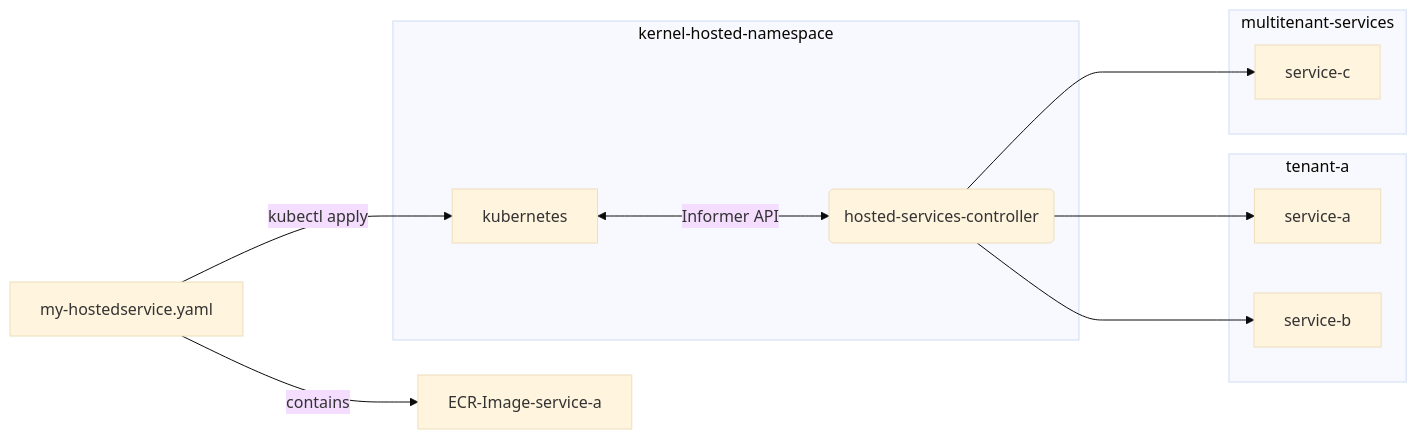
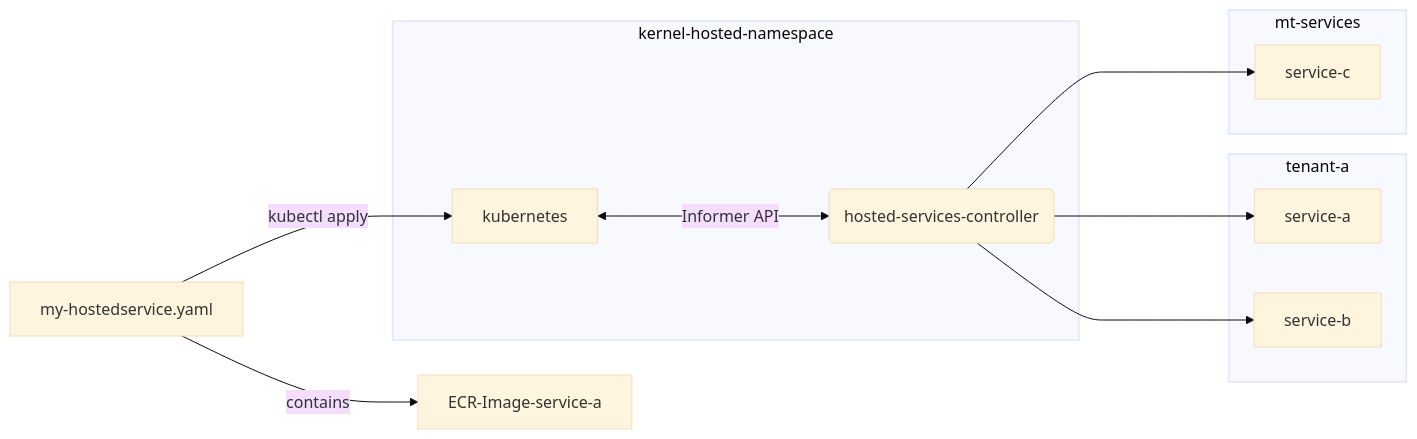
One commit to ccarnero/knative-opa-pocs changed the diagram in registry-update/flow.md. Above: the diagram before and after it, drawn with Mermaid (base theme). The commit also changed 17 other files, not shown here.

```diff
--- a/registry-update/flow.md
+++ b/registry-update/flow.md
@@ -1,16 +1,16 @@
 ::: mermaid
 flowchart LR
     my-hostedservice.yaml-- contains -->ECR-Image-service-a
     my-hostedservice.yaml-- kubectl apply-->kubernetes
     subgraph kernel-hosted-namespace
         kubernetes<--Informer API--->hsc(hosted-services-controller)
     end
     subgraph tenant-a
         hsc(hosted-services-controller)---->service-a
         hsc(hosted-services-controller)---->service-b
     end
-    subgraph multitenant-services
+    subgraph mt-services
         hsc(hosted-services-controller)---->service-c
     end
 
 :::
```
